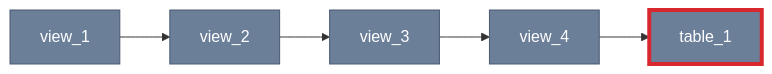
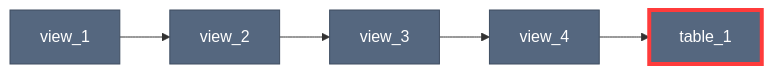
One commit to dbt-labs/dbt-project-evaluator changed the first of 2 diagrams in docs/rules/performance.md. Above: the diagram before and after it, drawn with Mermaid. The commit also changed other lines of this file and 6 other files, not shown here.

Commit message:
Readable Mermaid diagrams in both color schemes; scope the source selection note to dbt check

````diff
--- a/docs/rules/performance.md
+++ b/docs/rules/performance.md
@@ -16,15 +16,15 @@
 ```mermaid
 flowchart LR
-    classDef model fill:#6b7f99,stroke:#4a5a70,color:#fff
-    classDef flagged stroke:#d9272e,stroke-width:4px
+    classDef model fill:#55677f,stroke:#3e4d61,color:#fff
+    classDef flagged stroke:#ff3b3b,stroke-width:4px
     view_1["view_1"]:::model
     view_2["view_2"]:::model
     view_3["view_3"]:::model
     view_4["view_4"]:::model
     table_1["table_1"]:::model
     view_1 --> view_2
     view_2 --> view_3
     view_3 --> view_4
     view_4 --> table_1
     class table_1 flagged
 ```
````
